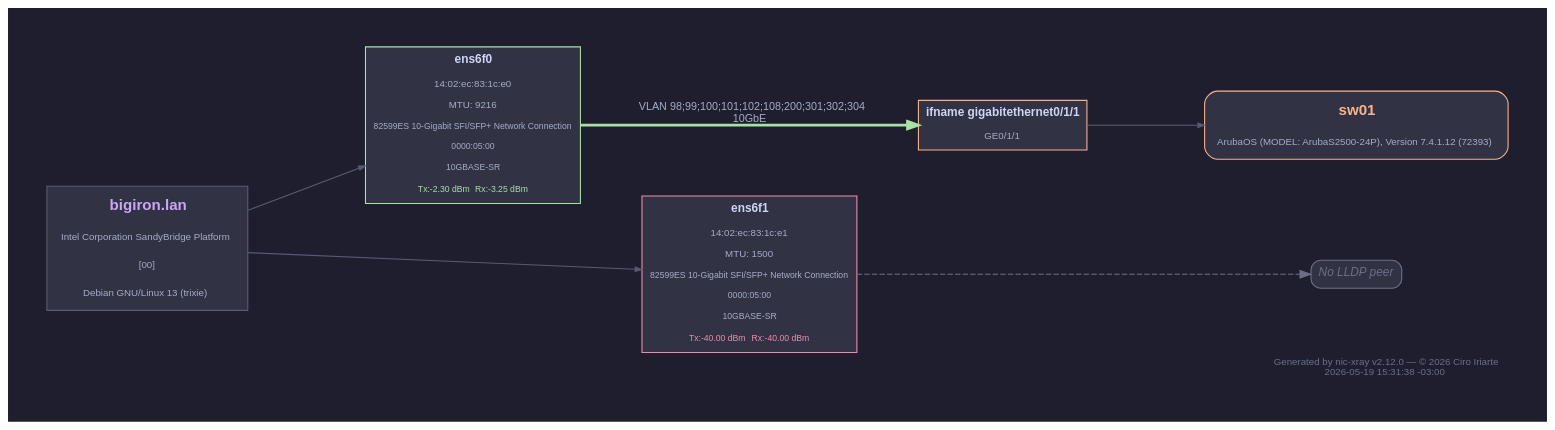
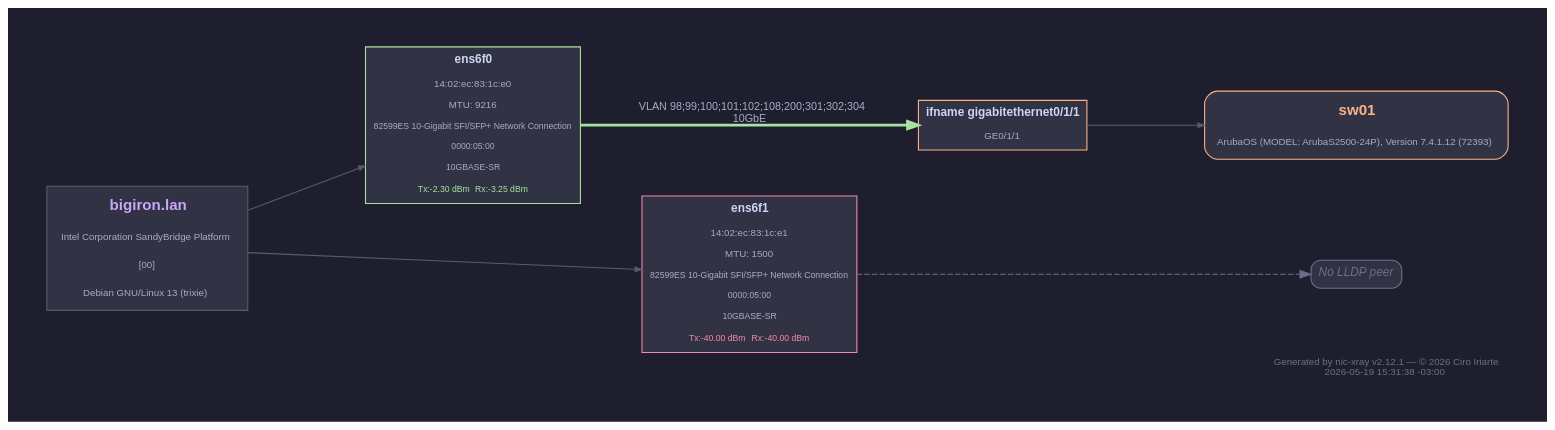
Before and after one commit to ciroiriarte/nic-xray: the diagram in samples/topology.dot, drawn with Graphviz. The commit also changed 21 other files, not shown here.

```diff
--- a/samples/topology.dot
+++ b/samples/topology.dot
@@ -1,77 +1,77 @@
 digraph nic_xray {
     rankdir=LR;
     bgcolor="#1e1e2e";
     fontname="Helvetica,Arial,sans-serif";
     fontcolor="#cdd6f4";
     pad="0.5";
     nodesep="0.6";
     ranksep="1.5";
     node [fontname="Helvetica,Arial,sans-serif", fontcolor="#cdd6f4", fontsize=11];
     edge [fontname="Helvetica,Arial,sans-serif", fontcolor="#a6adc8", fontsize=10];
-    label=<<FONT POINT-SIZE="9" COLOR="#6c7086">Generated by nic-xray v2.12.0 &mdash; &copy; 2026 Ciro Iriarte<BR/>2026-05-19 15:31:38 -03:00</FONT>>;
+    label=<<FONT POINT-SIZE="9" COLOR="#6c7086">Generated by nic-xray v2.12.1 &mdash; &copy; 2026 Ciro Iriarte<BR/>2026-05-19 15:31:38 -03:00</FONT>>;
     labeljust=r;
     labelloc=b;
 
     server [shape=plain, label=<
         <TABLE BORDER="1" CELLBORDER="0" CELLSPACING="4" CELLPADDING="6" BGCOLOR="#313244" COLOR="#585b70">
         <TR><TD COLSPAN="2"><FONT POINT-SIZE="14" COLOR="#cba6f7"><B>bigiron.lan</B></FONT></TD></TR>
         <TR><TD COLSPAN="2"><FONT POINT-SIZE="9" COLOR="#a6adc8">Intel Corporation SandyBridge Platform</FONT></TD></TR>
         <TR><TD COLSPAN="2"><FONT POINT-SIZE="9" COLOR="#a6adc8">[00]</FONT></TD></TR>
         <TR><TD COLSPAN="2"><FONT POINT-SIZE="9" COLOR="#a6adc8">Debian GNU/Linux 13 (trixie)</FONT></TD></TR>
         </TABLE>
     >];
 
     ens6f0 [shape=plain, label=<
         <TABLE BORDER="1" CELLBORDER="0" CELLSPACING="2" CELLPADDING="4" BGCOLOR="#313244" COLOR="#a6e3a1">
         <TR><TD><FONT COLOR="#cdd6f4"><B>ens6f0</B></FONT></TD></TR>
         <TR><TD><FONT POINT-SIZE="9" COLOR="#a6adc8">14:02:ec:83:1c:e0</FONT></TD></TR>
         <TR><TD><FONT POINT-SIZE="9" COLOR="#a6adc8">MTU: 9216</FONT></TD></TR>
         <TR><TD><FONT POINT-SIZE="8" COLOR="#a6adc8">82599ES 10-Gigabit SFI/SFP+ Network Connection</FONT></TD></TR>
         <TR><TD><FONT POINT-SIZE="8" COLOR="#a6adc8">0000:05:00</FONT></TD></TR>
         <TR><TD><FONT POINT-SIZE="8" COLOR="#a6adc8">10GBASE-SR</FONT></TD></TR>
         <TR><TD><FONT POINT-SIZE="8" COLOR="#a6e3a1">Tx:-2.30 dBm</FONT> <FONT POINT-SIZE="8" COLOR="#a6e3a1">Rx:-3.25 dBm</FONT></TD></TR>
         </TABLE>
     >];
 
     ens6f1 [shape=plain, label=<
         <TABLE BORDER="1" CELLBORDER="0" CELLSPACING="2" CELLPADDING="4" BGCOLOR="#313244" COLOR="#f38ba8">
         <TR><TD><FONT COLOR="#cdd6f4"><B>ens6f1</B></FONT></TD></TR>
         <TR><TD><FONT POINT-SIZE="9" COLOR="#a6adc8">14:02:ec:83:1c:e1</FONT></TD></TR>
         <TR><TD><FONT POINT-SIZE="9" COLOR="#a6adc8">MTU: 1500</FONT></TD></TR>
         <TR><TD><FONT POINT-SIZE="8" COLOR="#a6adc8">82599ES 10-Gigabit SFI/SFP+ Network Connection</FONT></TD></TR>
         <TR><TD><FONT POINT-SIZE="8" COLOR="#a6adc8">0000:05:00</FONT></TD></TR>
         <TR><TD><FONT POINT-SIZE="8" COLOR="#a6adc8">10GBASE-SR</FONT></TD></TR>
         <TR><TD><FONT POINT-SIZE="8" COLOR="#f38ba8">Tx:-40.00 dBm</FONT> <FONT POINT-SIZE="8" COLOR="#f38ba8">Rx:-40.00 dBm</FONT></TD></TR>
         </TABLE>
     >];
 
     swport_sw01_ifname_gigabitethernet0_1_1 [shape=plain, label=<
         <TABLE BORDER="1" CELLBORDER="0" CELLSPACING="2" CELLPADDING="4" BGCOLOR="#313244" COLOR="#fab387">
         <TR><TD><FONT COLOR="#cdd6f4"><B>ifname gigabitethernet0/1/1</B></FONT></TD></TR>
         <TR><TD><FONT POINT-SIZE="9" COLOR="#a6adc8">GE0/1/1</FONT></TD></TR>
         </TABLE>
     >];
 
     sw_sw01 [shape=plain, label=<
         <TABLE BORDER="1" CELLBORDER="0" CELLSPACING="4" CELLPADDING="6" BGCOLOR="#313244" COLOR="#fab387" STYLE="ROUNDED">
         <TR><TD><FONT POINT-SIZE="14" COLOR="#fab387"><B>sw01</B></FONT></TD></TR>
         <TR><TD><FONT POINT-SIZE="9" COLOR="#a6adc8">ArubaOS (MODEL: ArubaS2500-24P), Version 7.4.1.12 (72393)</FONT></TD></TR>
         </TABLE>
     >];
 
     no_lldp_peer [shape=plain, label=<
         <TABLE BORDER="1" CELLBORDER="0" CELLSPACING="2" CELLPADDING="4" BGCOLOR="#313244" COLOR="#6c7086" STYLE="ROUNDED">
         <TR><TD><FONT COLOR="#6c7086"><I>No LLDP peer</I></FONT></TD></TR>
         </TABLE>
     >];
 
     server -> ens6f0 [color="#585b70", penwidth=1.0, arrowsize=0.6];
     server -> ens6f1 [color="#585b70", penwidth=1.0, arrowsize=0.6];
 
     ens6f0 -> swport_sw01_ifname_gigabitethernet0_1_1 [label=<VLAN 98;99;100;101;102;108;200;301;302;304<BR/>10GbE>, penwidth=2.5, color="#a6e3a1", fontcolor="#a6adc8"];
     ens6f1 -> no_lldp_peer [style=dashed, color="#6c7086", fontcolor="#6c7086", penwidth=1.0];
     swport_sw01_ifname_gigabitethernet0_1_1 -> sw_sw01 [color="#585b70", penwidth=1.0, arrowsize=0.6];
 
     { rank=min; server; }
     { rank=max; sw_sw01; no_lldp_peer; }
 }
```
